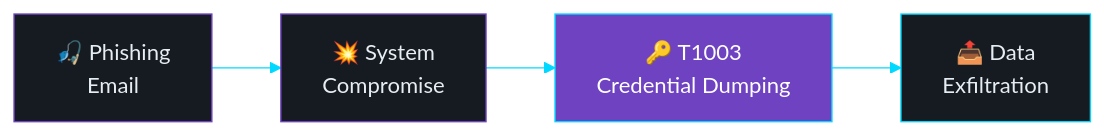
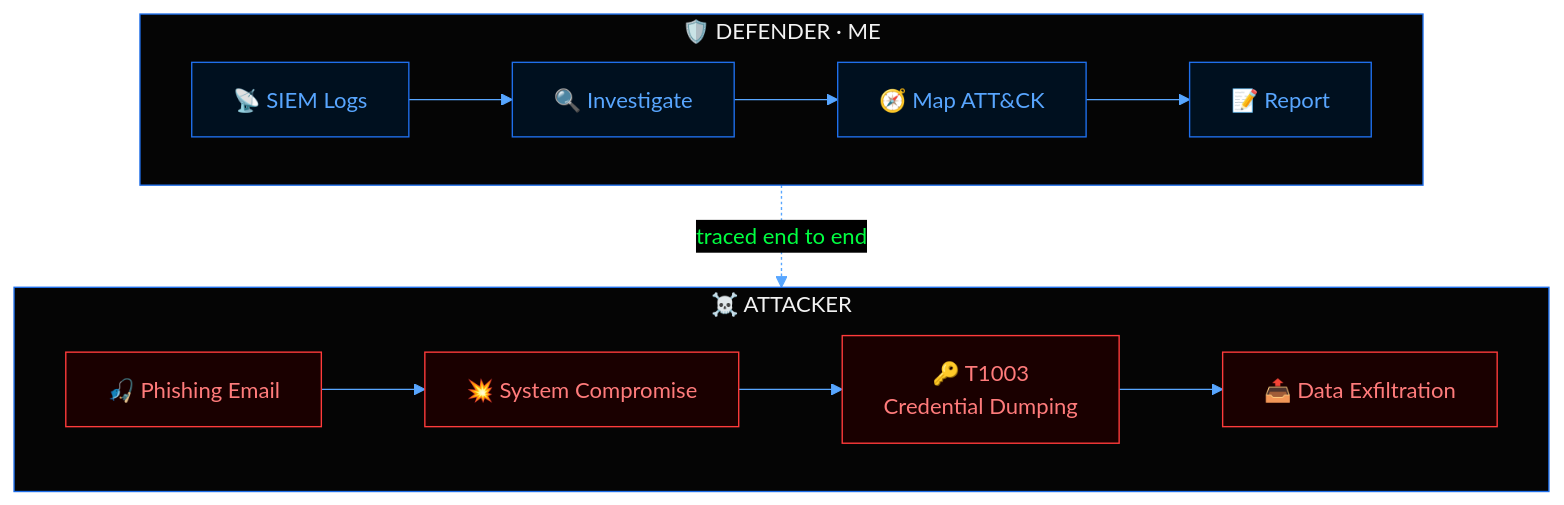
Before and after one commit to engzooz/engzooz: the first of 2 diagrams in README.md, drawn with Mermaid. The commit also changed other lines of this file, not shown here.

````diff
--- a/README.md
+++ b/README.md
@@ -126,10 +112,17 @@
 ```mermaid
-%%{init: {'theme':'base','themeVariables':{'primaryColor':'#161b22','primaryTextColor':'#e6edf3','primaryBorderColor':'#6f42c1','lineColor':'#00d9ff','fontFamily':'monospace'}}}%%
-flowchart LR
-    P["🎣 Phishing<br/>Email"] --> S["💥 System<br/>Compromise"]
-    S --> T["🔑 T1003<br/>Credential Dumping"]
-    T --> X["📤 Data<br/>Exfiltration"]
-    style P fill:#161b22,stroke:#6f42c1
-    style T fill:#6f42c1,color:#fff,stroke:#00d9ff
-    style X fill:#161b22,stroke:#00d9ff
+%%{init: {'theme':'base','themeVariables':{'primaryColor':'#000000','primaryTextColor':'#00ff41','primaryBorderColor':'#00ff41','lineColor':'#58a6ff','clusterBkg':'#050505','clusterBorder':'#1f6feb','fontFamily':'monospace'}}}%%
+flowchart TB
+    subgraph ATK["☠️ ATTACKER"]
+        direction LR
+        A1["🎣 Phishing Email"] --> A2["💥 System Compromise"] --> A3["🔑 T1003<br/>Credential Dumping"] --> A4["📤 Data Exfiltration"]
+    end
+    subgraph DEF["🛡️ DEFENDER · ME"]
+        direction LR
+        D1["📡 SIEM Logs"] --> D2["🔍 Investigate"] --> D3["🧭 Map ATT&CK"] --> D4["📝 Report"]
+    end
+    D2 -. traced end to end .-> A1
+    classDef atk fill:#1a0000,stroke:#ff3b3b,color:#ff7b7b
+    classDef def fill:#00101f,stroke:#1f6feb,color:#58a6ff
+    class A1,A2,A3,A4 atk
+    class D1,D2,D3,D4 def
 ```
````
